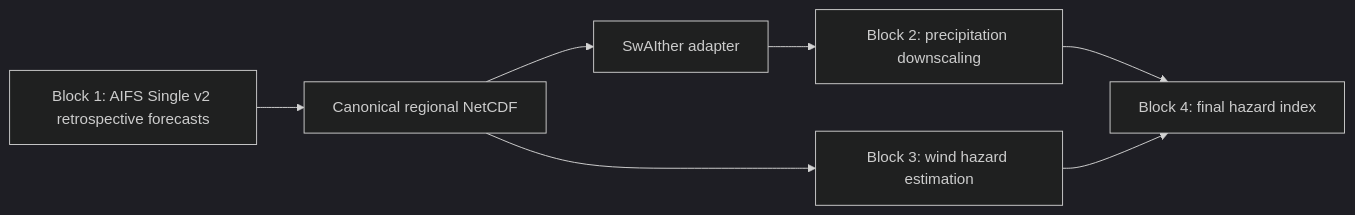
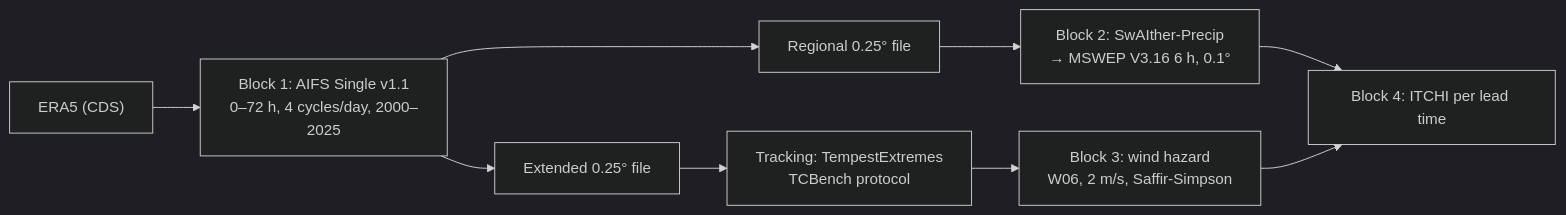
One commit to apereze/AITCHazard_Mexico changed the diagram in README.md. Above: the diagram before and after it, drawn with Mermaid (dark theme). The commit also changed other lines of this file and 60 other files, not shown here.

First line of the commit message:
v0.2.0: clean repository, align with ITCHI and document Block 1 results

````diff
--- a/README.md
+++ b/README.md
@@ -43,9 +25,11 @@
 ```mermaid
 flowchart LR
-    B1["Block 1: AIFS Single v2 retrospective forecasts"] --> A1["Canonical regional NetCDF"]
-    A1 --> A2["SwAIther adapter"]
-    A2 --> B2["Block 2: precipitation downscaling"]
-    A1 --> B3["Block 3: wind hazard estimation"]
-    B2 --> B4["Block 4: final hazard index"]
+    ERA5["ERA5 (CDS)"] --> B1["Block 1: AIFS Single v1.1\n0–72 h, 4 cycles/day, 2000–2025"]
+    B1 --> REG["Regional 0.25° file"]
+    B1 --> EXT["Extended 0.25° file"]
+    REG --> B2["Block 2: SwAIther-Precip\n→ MSWEP V3.16 6 h, 0.1°"]
+    EXT --> TR["Tracking: TempestExtremes\nTCBench protocol"]
+    TR --> B3["Block 3: wind hazard\nW06, 2 m/s, Saffir-Simpson"]
+    B2 --> B4["Block 4: ITCHI per lead time"]
     B3 --> B4
 ```
````
